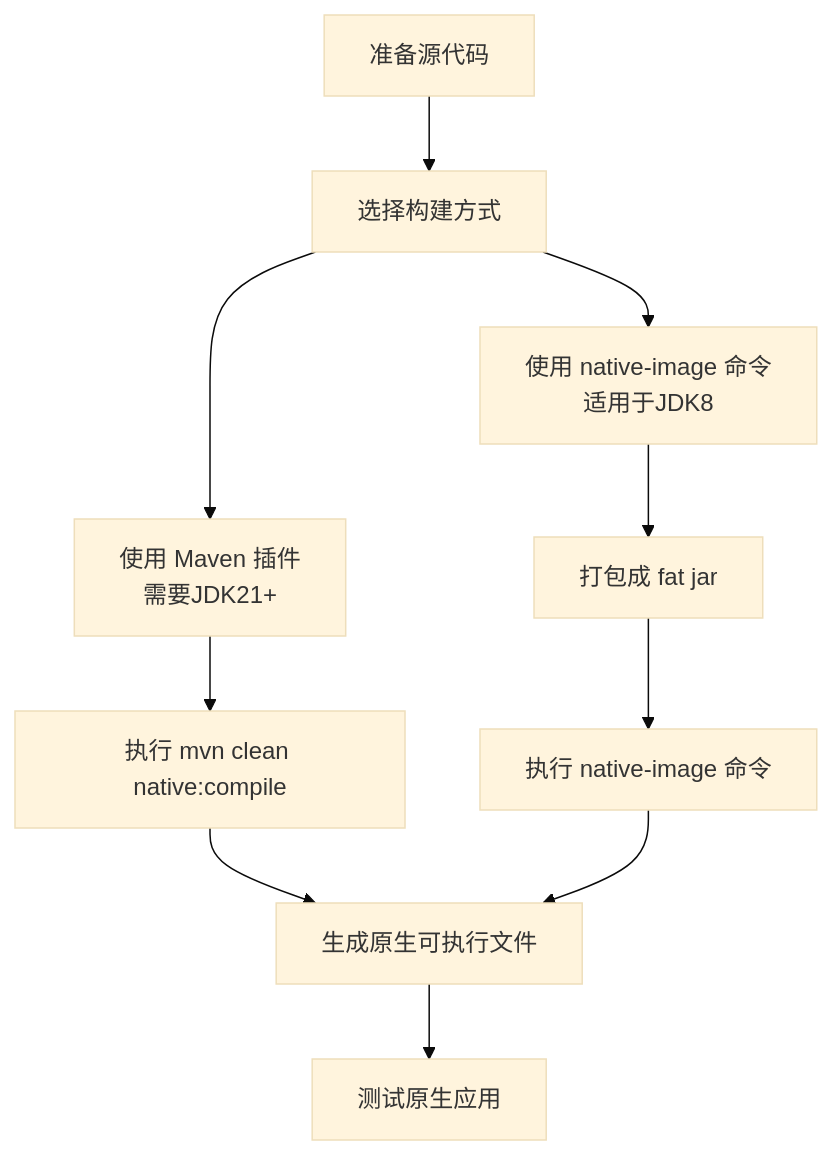
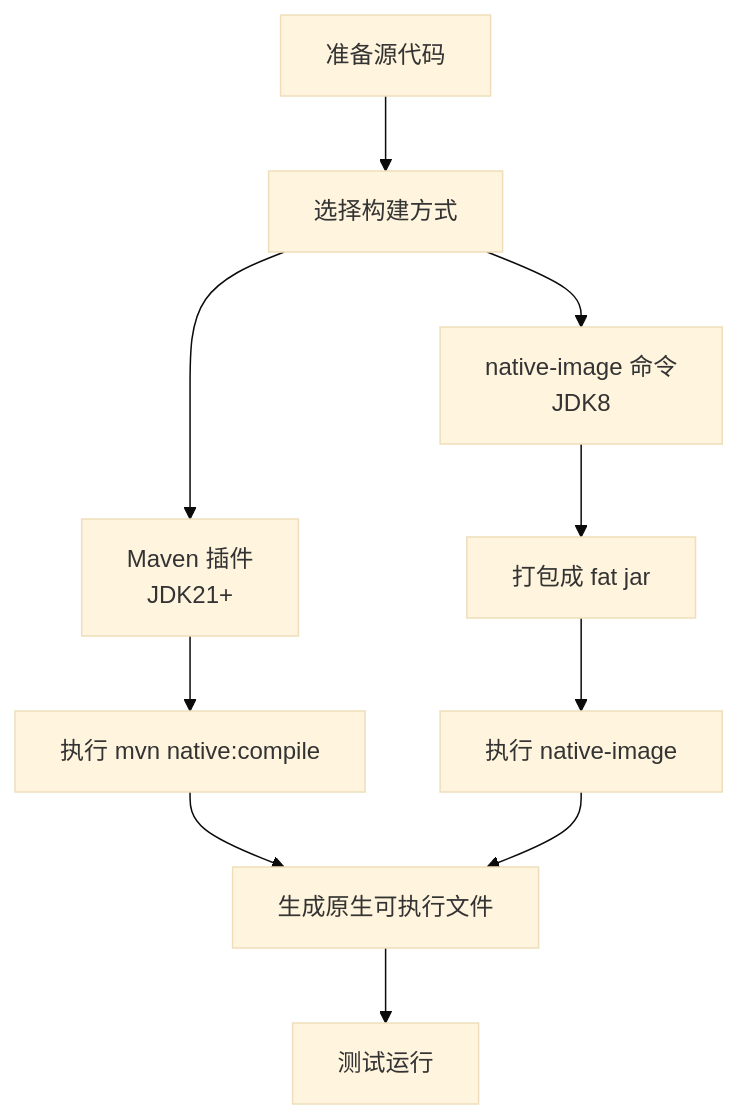
One commit to smartboot/feat changed the diagram in pages/src/content/docs/cloud/native-image.mdx. Above: the diagram before and after it, drawn with Mermaid (base theme). The commit also changed other lines of this file and 8 other files, not shown here.

````diff
--- a/pages/src/content/docs/cloud/native-image.mdx
+++ b/pages/src/content/docs/cloud/native-image.mdx
@@ -107,12 +114,12 @@
 ```mermaid
 graph TD
     A[准备源代码] --> B[选择构建方式]
-    B --> C1[使用 Maven 插件<br/>需要JDK21+]
-    B --> C2[使用 native-image 命令<br/>适用于JDK8]
-    C1 --> D[执行 mvn clean native:compile]
+    B --> C1[Maven 插件<br/>JDK21+]
+    B --> C2[native-image 命令<br/>JDK8]
+    C1 --> D[执行 mvn native:compile]
     C2 --> E[打包成 fat jar]
-    E --> F[执行 native-image 命令]
+    E --> F[执行 native-image]
     D --> G[生成原生可执行文件]
     F --> G
-    G --> H[测试原生应用]
+    G --> H[测试运行]
 ```
````
